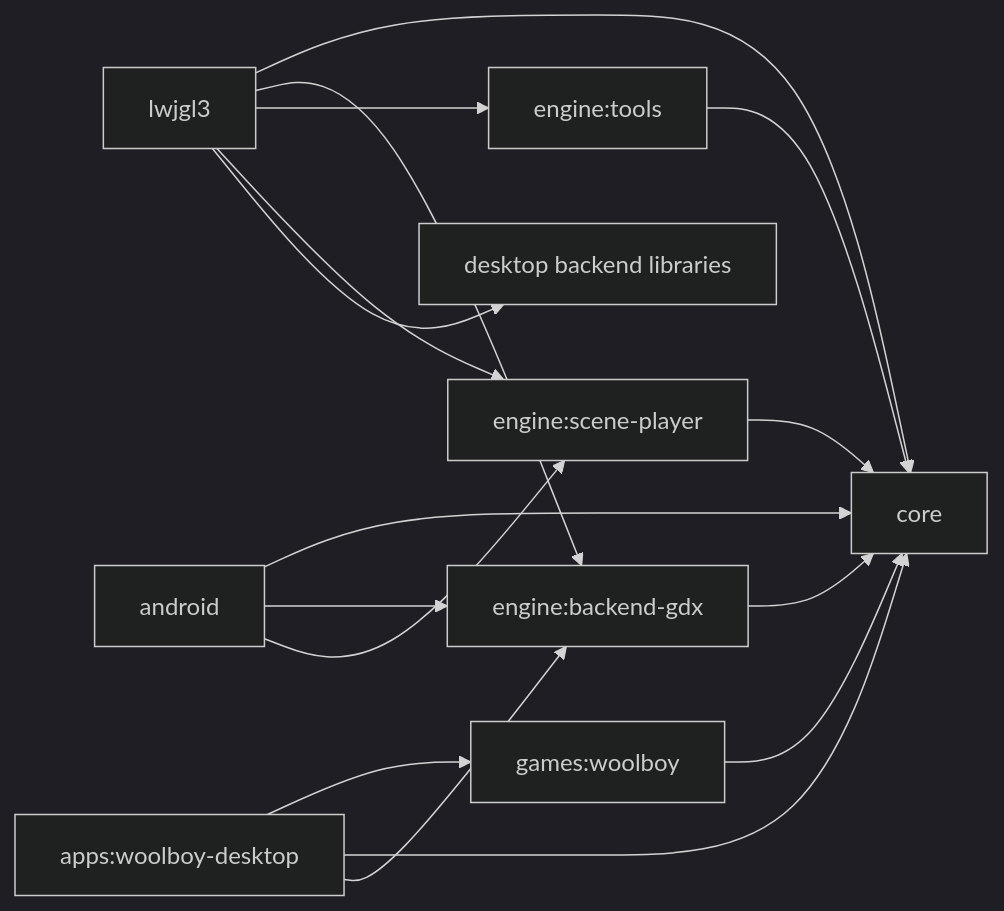
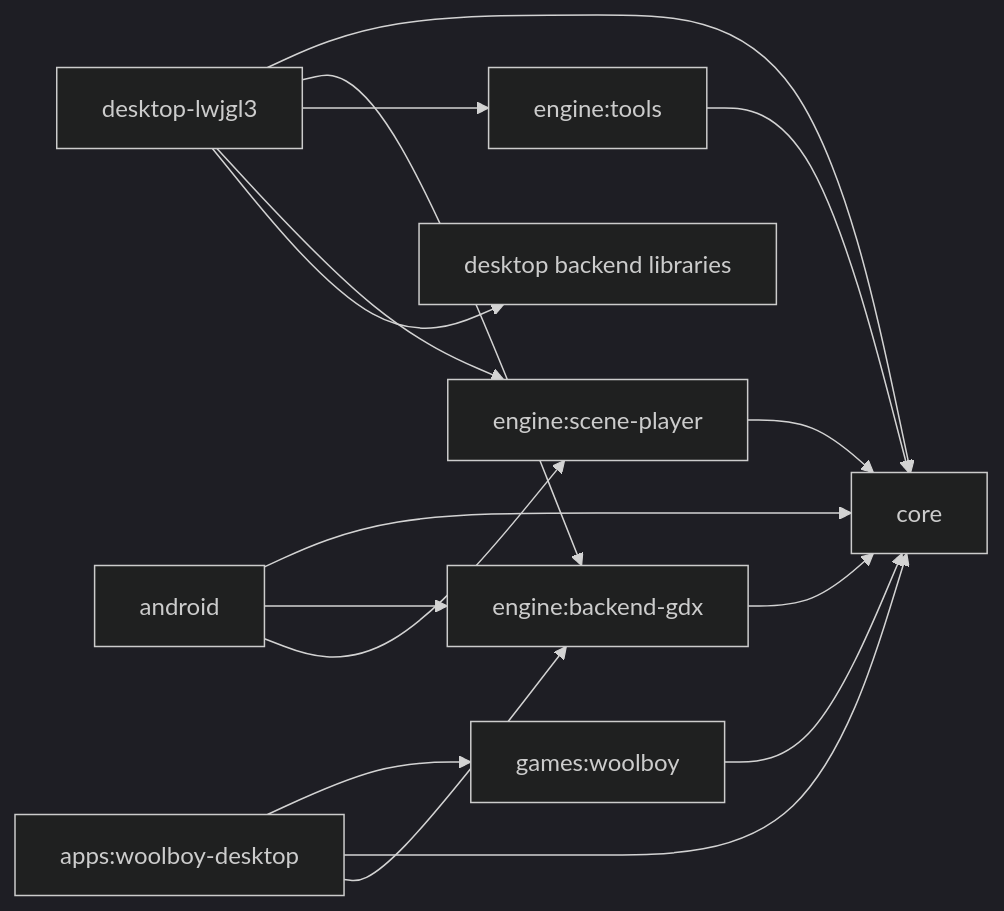
One commit to Dmytro-Pashko/KRender changed the first of 2 diagrams in README.md. Above: the diagram before and after it, drawn with Mermaid (dark theme). The commit also changed other lines of this file and 35 other files, not shown here.

Commit message:
Renamed the desktop launcher module from lwjgl3 to desktop-lwjgl3

````diff
--- a/README.md
+++ b/README.md
@@ -95,19 +95,19 @@
 ```mermaid
 flowchart LR
     Core["core"]
     BackendGdx["engine:backend-gdx"] --> Core
     Tools["engine:tools"] --> Core
     ScenePlayer["engine:scene-player"] --> Core
-    Lwjgl3["lwjgl3"] --> Core
-    Lwjgl3 --> BackendGdx
-    Lwjgl3 --> Tools
-    Lwjgl3 --> ScenePlayer
-    Lwjgl3 --> DesktopBackend["desktop backend libraries"]
+    DesktopLwjgl3["desktop-lwjgl3"] --> Core
+    DesktopLwjgl3 --> BackendGdx
+    DesktopLwjgl3 --> Tools
+    DesktopLwjgl3 --> ScenePlayer
+    DesktopLwjgl3 --> DesktopBackend["desktop backend libraries"]
     Android["android"] --> Core
     Android --> BackendGdx
     Android --> ScenePlayer
     Woolboy["games:woolboy"] --> Core
     WoolboyDesktop["apps:woolboy-desktop"] --> Woolboy
     WoolboyDesktop --> Core
     WoolboyDesktop --> BackendGdx
 ```
````
